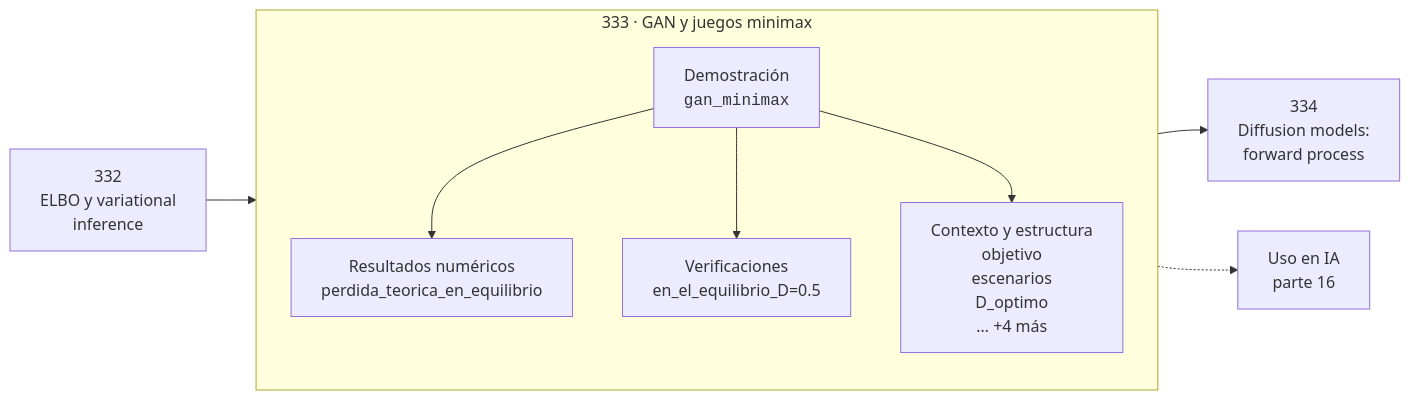
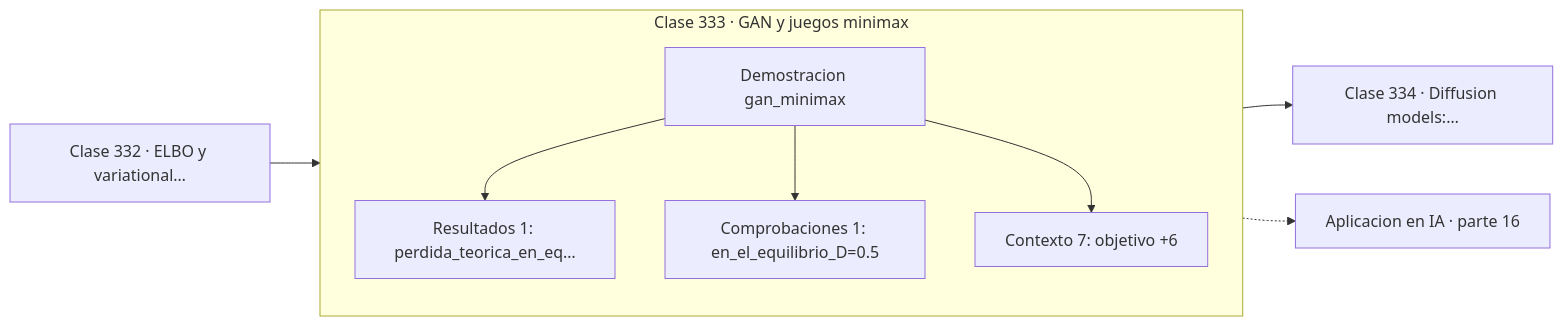
One commit to vladimiracunadev-create/computational-mathematics-program changed the diagram in classes/part-16-matematica-de-transformers-modelos-generativos-grafos-y-rl/333-gan-y-juegos-minimax/README.md. Above: the diagram before and after it, drawn with Mermaid. The commit also changed 389 other files, not shown here.

First line of the commit message:
fix(diagramas): elimina el HTML de las etiquetas Mermaid

````diff
--- a/classes/part-16-matematica-de-transformers-modelos-generativos-grafos-y-rl/333-gan-y-juegos-minimax/README.md
+++ b/classes/part-16-matematica-de-transformers-modelos-generativos-grafos-y-rl/333-gan-y-juegos-minimax/README.md
@@ -30,12 +30,13 @@
 ```mermaid
 flowchart LR
-    P["332<br/>ELBO y variational<br/>inference"] --> C
-    subgraph C["333 · GAN y juegos minimax"]
+    P["Clase 332 · ELBO y variational…"] --> D
+    subgraph CLASE["Clase 333 · GAN y juegos minimax"]
         direction TB
-        D["Demostración<br/><code>gan_minimax</code>"] --> R["Resultados numéricos<br/>perdida_teorica_en_equilibrio"]
-        D --> V["Verificaciones<br/>en_el_equilibrio_D=0.5"]
-        D --> O["Contexto y estructura<br/>objetivo<br/>escenarios<br/>D_optimo<br/>… +4 más"]
+        D["Demostracion gan_minimax"]
+        D --> R["Resultados 1: perdida_teorica_en_eq…"]
+        D --> V["Comprobaciones 1: en_el_equilibrio_D=0.5"]
+        D --> O["Contexto 7: objetivo +6"]
     end
-    C --> N["334<br/>Diffusion models:<br/>forward process"]
-    C -.-> IA["Uso en IA<br/>parte 16"]
+    R --> N["Clase 334 · Diffusion models:…"]
+    V -.-> IA["Aplicacion en IA · parte 16"]
 ```
````
